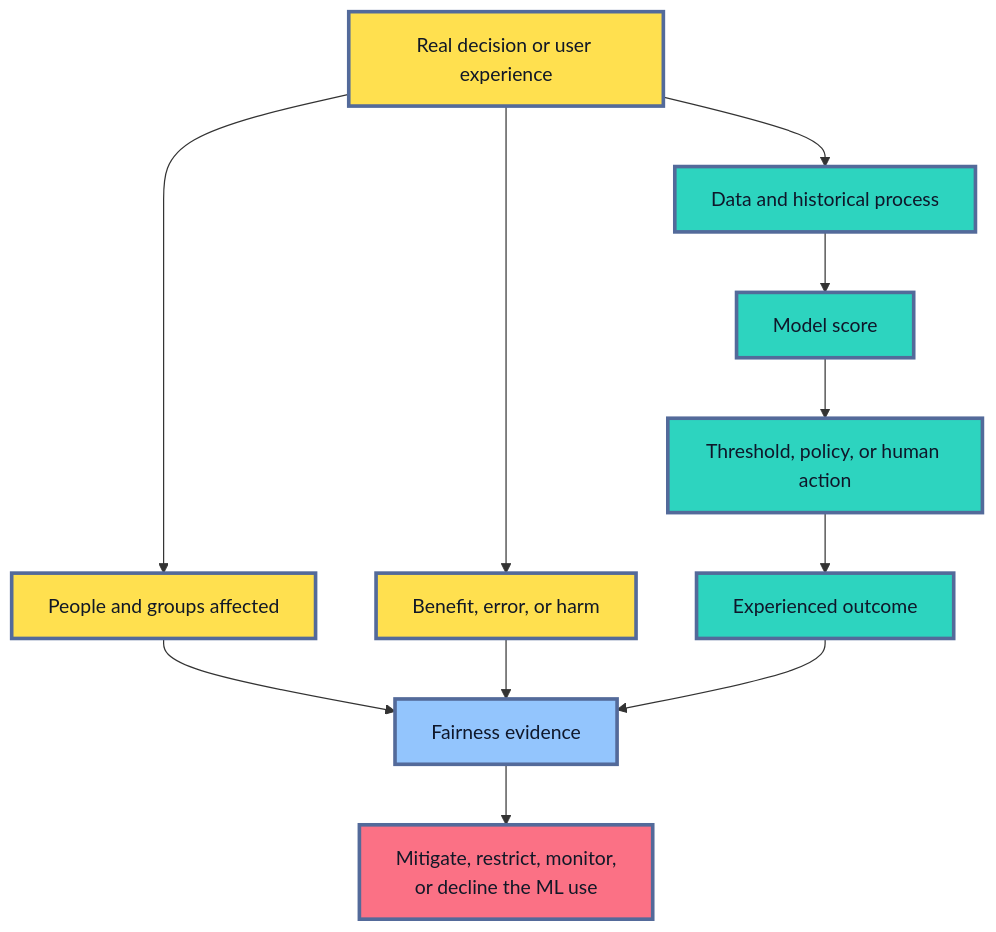
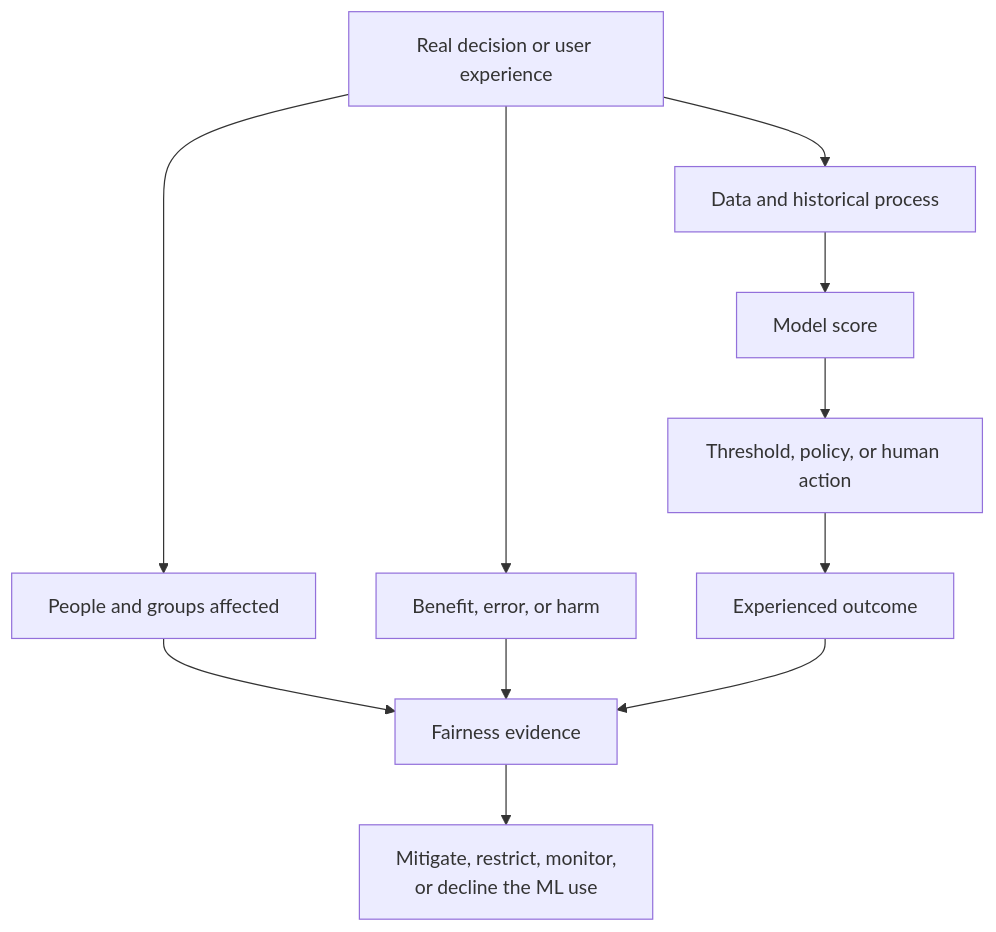
One commit to senlinyy/dev-roadmaps changed the first of 14 diagrams in roadmaps/mlops/modules/model-evaluation/production-readiness/02-bias-fairness-responsible-evaluation.md. Above: the diagram before and after it, drawn with Mermaid. The commit also changed other lines of this file and 152 other files, not shown here.

Commit message:
feat: mlops and diagrams updated

````diff
--- a/roadmaps/mlops/modules/model-evaluation/production-readiness/02-bias-fairness-responsible-evaluation.md
+++ b/roadmaps/mlops/modules/model-evaluation/production-readiness/02-bias-fairness-responsible-evaluation.md
@@ -55,22 +55,18 @@
 ```mermaid
 flowchart TD
     A["Real decision or user experience"] --> B["People and groups affected"]
     A --> C["Benefit, error, or harm"]
     A --> D["Data and historical process"]
     D --> E["Model score"]
     E --> F["Threshold, policy, or human action"]
     F --> G["Experienced outcome"]
     B --> H["Fairness evidence"]
     C --> H
     G --> H
     H --> I["Mitigate, restrict, monitor,<br/>or decline the ML use"]
 
-    classDef context fill:#FFE04F,stroke:#536A9A,stroke-width:3px,color:#111827
-    classDef system fill:#2DD4BF,stroke:#536A9A,stroke-width:3px,color:#0F172A
-    classDef evidence fill:#93C5FD,stroke:#536A9A,stroke-width:3px,color:#0F172A
-    classDef decision fill:#FB7185,stroke:#536A9A,stroke-width:3px,color:#111827
     class A,B,C context
     class D,E,F,G system
     class H evidence
     class I decision
 ```
````
